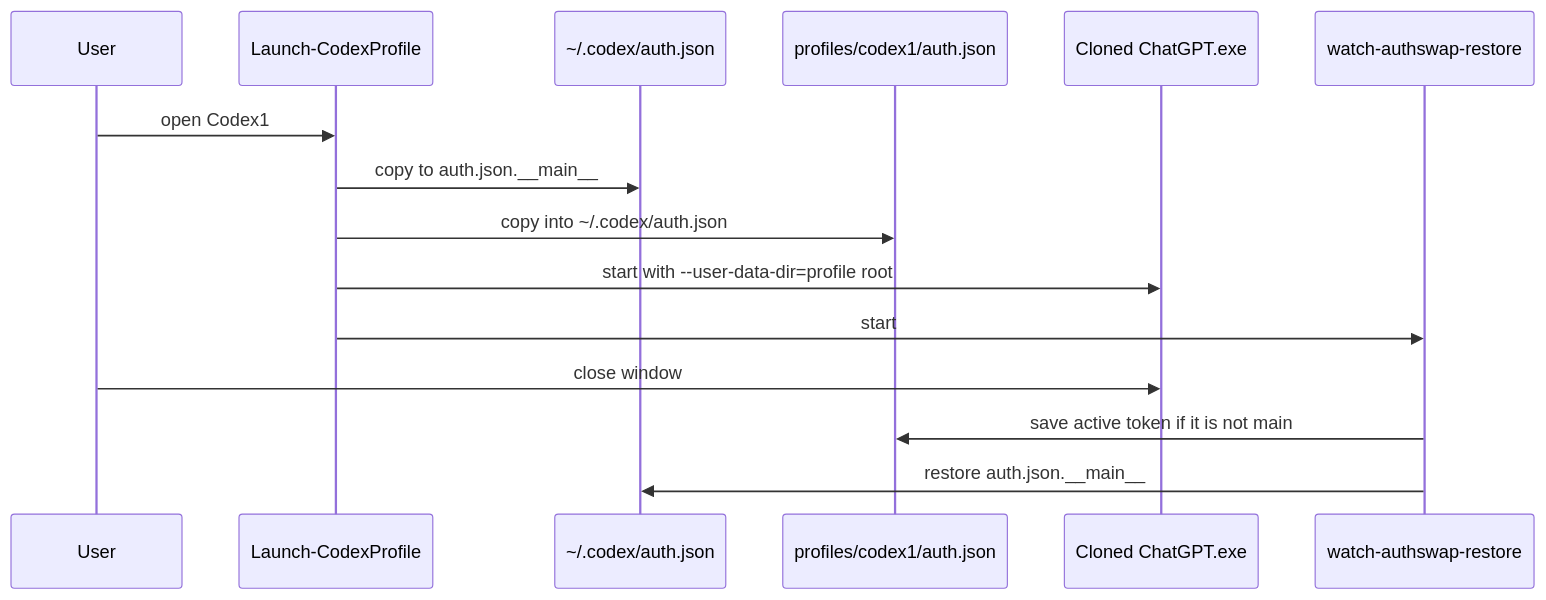
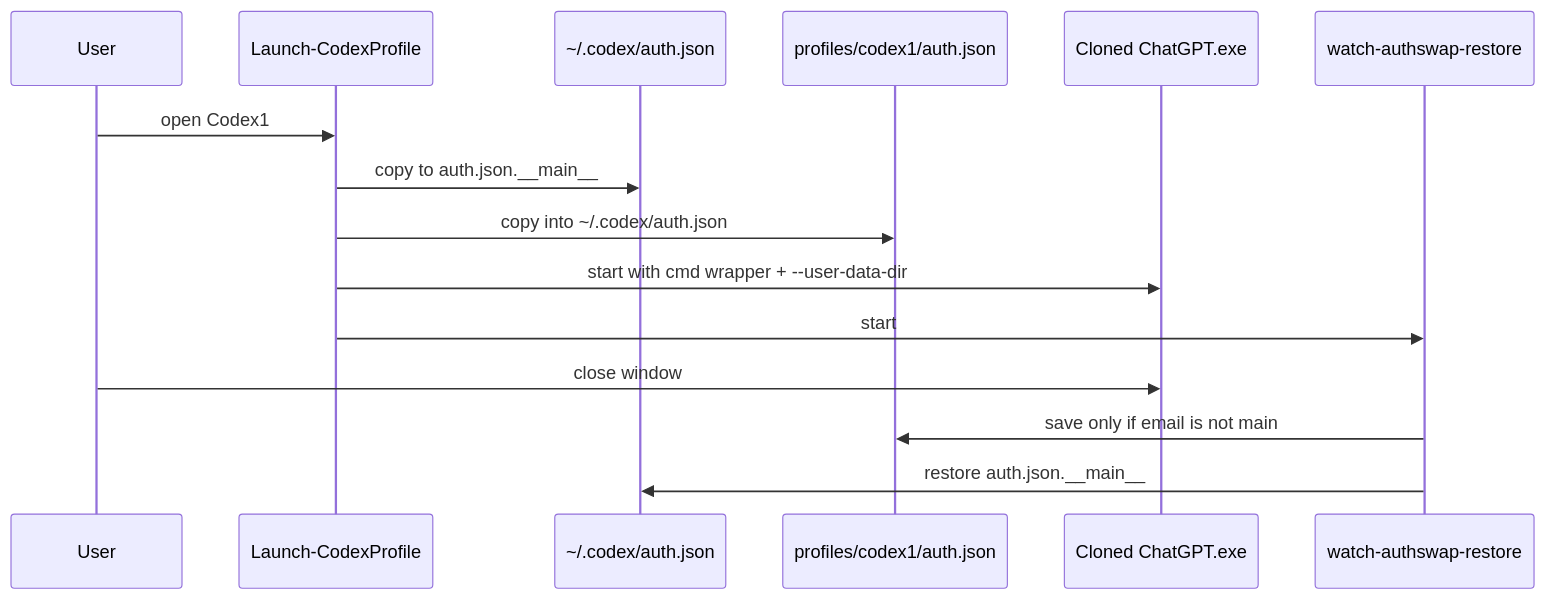
One commit to Hung2124/codex-multi-profile changed the diagram in docs/architecture.md. Above: the diagram before and after it, drawn with Mermaid. The commit also changed other lines of this file and 24 other files, not shown here.

````diff
--- a/docs/architecture.md
+++ b/docs/architecture.md
@@ -17,18 +13,18 @@
 ```mermaid
 sequenceDiagram
     participant User
     participant Launch as Launch-CodexProfile
     participant Disk as ~/.codex/auth.json
     participant Profile as profiles/codex1/auth.json
     participant App as Cloned ChatGPT.exe
     participant Watch as watch-authswap-restore
 
     User->>Launch: open Codex1
     Launch->>Disk: copy to auth.json.__main__
     Launch->>Profile: copy into ~/.codex/auth.json
-    Launch->>App: start with --user-data-dir=profile root
+    Launch->>App: start with cmd wrapper + --user-data-dir
     Launch->>Watch: start
     User->>App: close window
-    Watch->>Profile: save active token if it is not main
+    Watch->>Profile: save only if email is not main
     Watch->>Disk: restore auth.json.__main__
 ```
````
